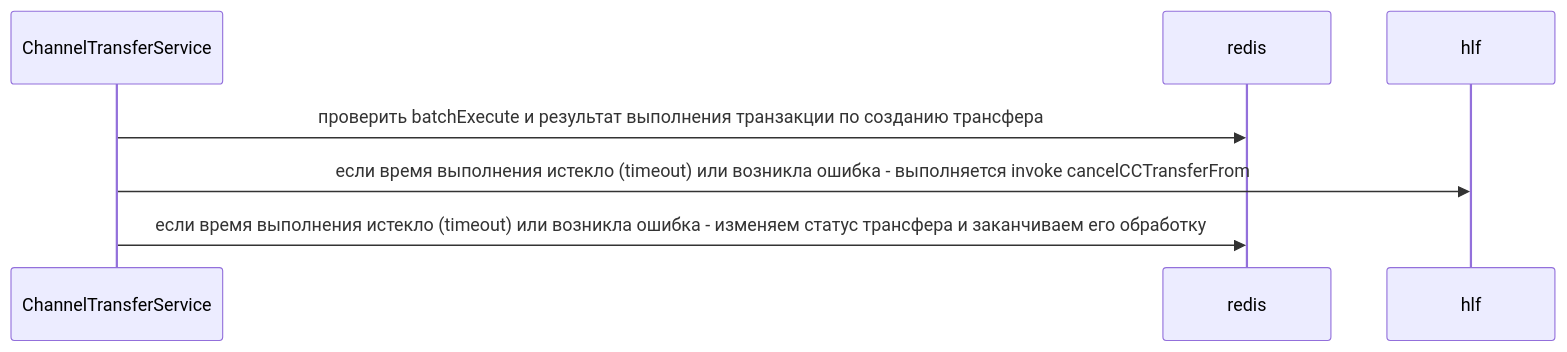
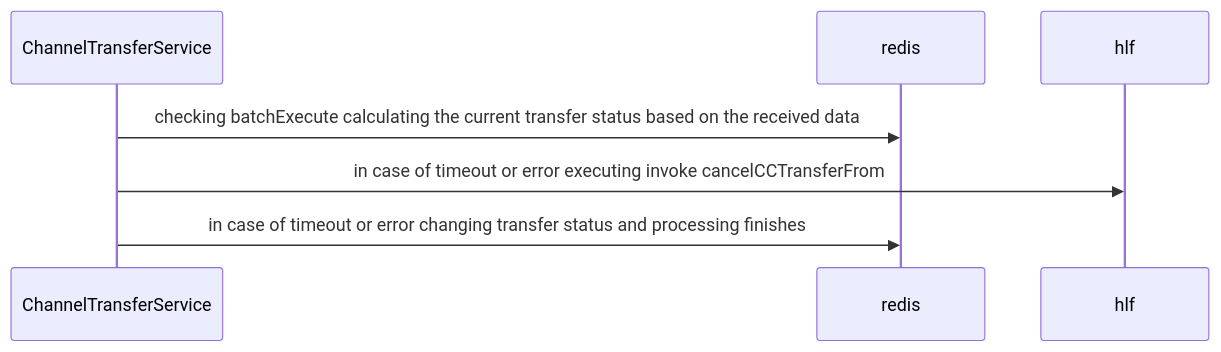
The eighth of 11 diagrams in doc/channelTransferService.md (anoideaopen/channel-transfer), drawn with Mermaid before and after one commit. The commit also changed other lines of this file and 71 other files, not shown here.

````diff
--- a/doc/channelTransferService.md
+++ b/doc/channelTransferService.md
@@ -86,6 +88,7 @@
 ```mermaid
 sequenceDiagram
-    ChannelTransferService ->> redis: проверить batchExecute и результат выполнения транзакции по созданию трансфера
-    ChannelTransferService ->> hlf: если время выполнения истекло (timeout) или возникла ошибка - выполняется invoke cancelCCTransferFrom
-    ChannelTransferService ->> redis: если время выполнения истекло (timeout) или возникла ошибка - изменяем статус трансфера и заканчиваем его обработку 
+    ChannelTransferService ->> redis: checking batchExecute calculating the current transfer status based on the received data
+    ChannelTransferService ->> hlf: in case of timeout or error executing invoke cancelCCTransferFrom
+    ChannelTransferService ->> redis: in case of timeout or error changing transfer status and processing finishes
+
 ```
````
